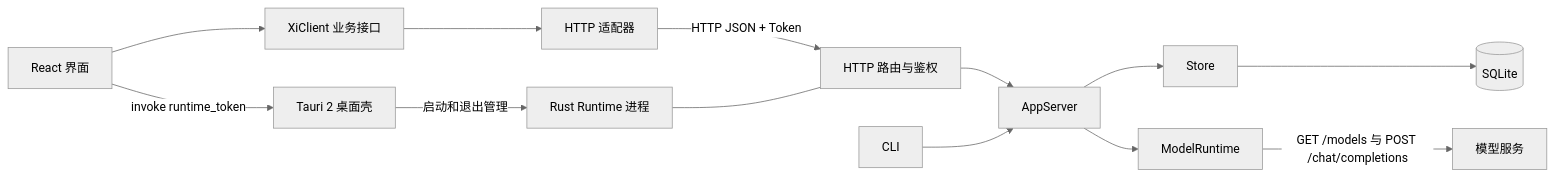
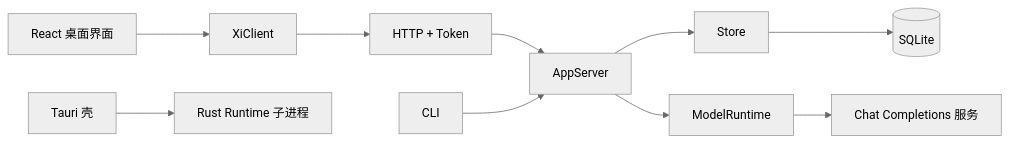
The diagram in docs/learning/04-应用端架构与调试.md (TorbenXiong/xi), drawn with Mermaid (neutral theme) before and after one commit. The commit also changed other lines of this file and 43 other files, not shown here.

````diff
--- a/docs/learning/04-应用端架构与调试.md
+++ b/docs/learning/04-应用端架构与调试.md
@@ -7,15 +5,12 @@
 ```mermaid
 flowchart LR
-    React[React 界面] --> Client[XiClient 业务接口]
-    Client --> HTTP[HTTP 适配器]
-    HTTP -->|HTTP JSON + Token| Routes[HTTP 路由与鉴权]
-    Routes --> Server[AppServer]
+    React[React 桌面界面] --> Client[XiClient]
+    Client --> HTTP[HTTP + Token]
+    HTTP --> Server[AppServer]
     CLI[CLI] --> Server
-    Tauri[Tauri 2 桌面壳] -->|启动和退出管理| Runtime[Rust Runtime 进程]
-    React -->|invoke runtime_token| Tauri
-    Runtime --- Routes
     Server --> Store[Store]
-    Store --> SQLite[(SQLite)]
+    Store --> DB[(SQLite)]
     Server --> Model[ModelRuntime]
-    Model -->|GET /models 与 POST /chat/completions| Provider[模型服务]
+    Model --> Provider[Chat Completions 服务]
+    Tauri[Tauri 壳] --> Runtime[Rust Runtime 子进程]
 ```
````
